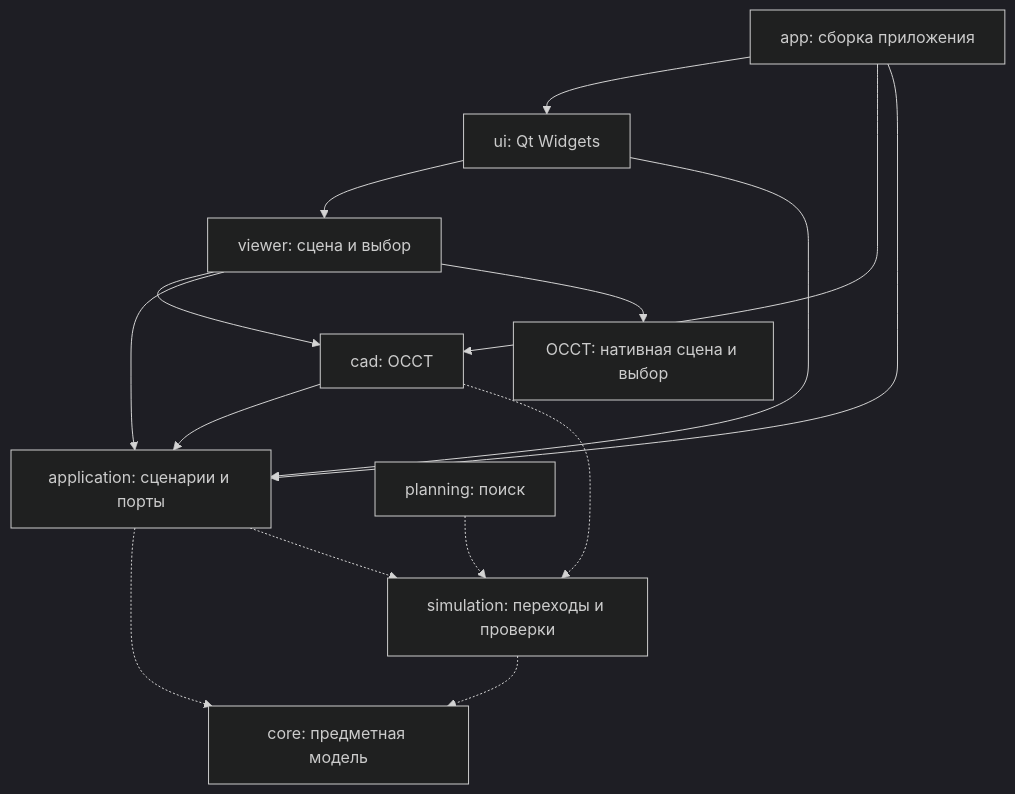
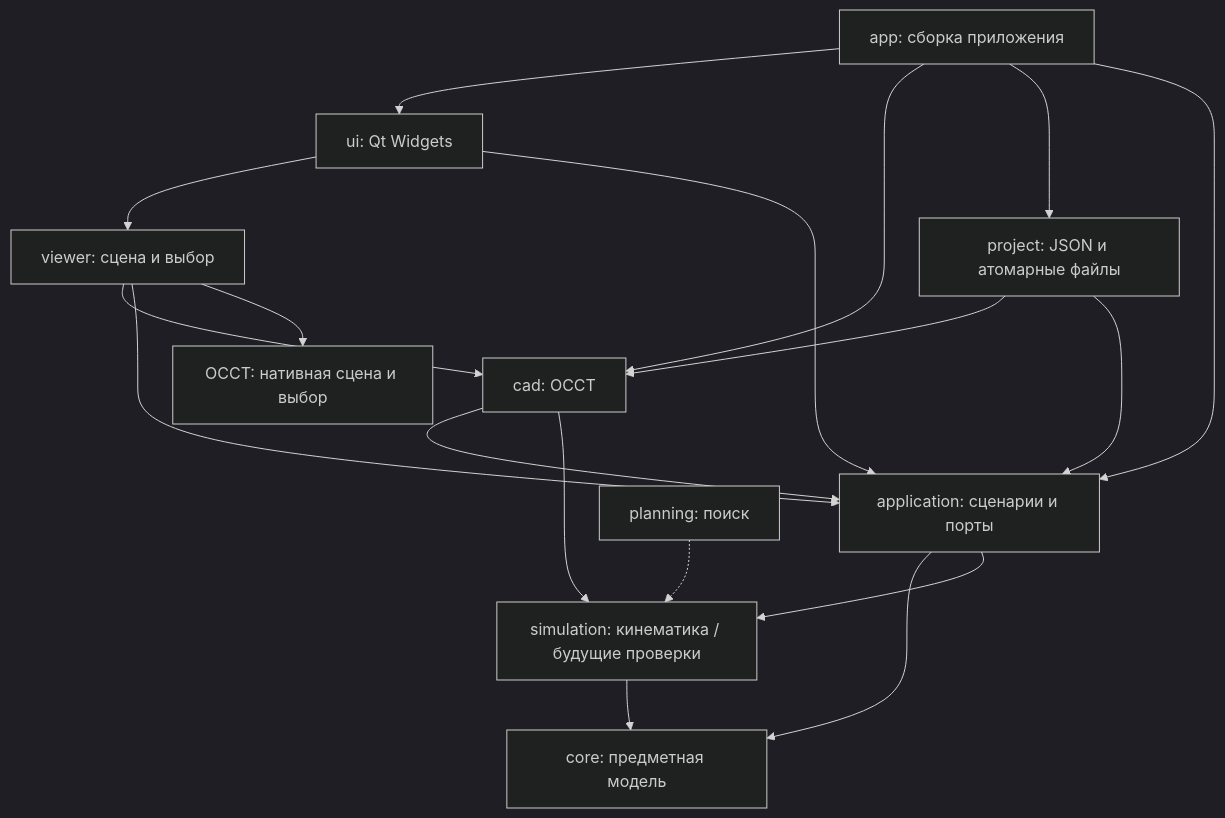
One commit to DenisPapushaJava/3d-bending-simulator changed the diagram in docs/architecture.md. Above: the diagram before and after it, drawn with Mermaid (dark theme). The commit also changed other lines of this file and 161 other files, not shown here.

````diff
--- a/docs/architecture.md
+++ b/docs/architecture.md
@@ -15,17 +15,20 @@
 ```mermaid
 flowchart TD
     APP[app: сборка приложения] --> UI[ui: Qt Widgets]
     APP --> CAD[cad: OCCT]
+    APP --> FILES[project: JSON и атомарные файлы]
+    FILES --> CAD
+    FILES --> USE
     UI --> VIEW[viewer: сцена и выбор]
     APP --> USE[application: сценарии и порты]
     UI --> USE
     CAD --> USE
     VIEW --> CAD
     VIEW --> USE
-    USE -.-> CORE[core: предметная модель]
+    USE --> CORE[core: предметная модель]
     VIEW --> OCC[OCCT: нативная сцена и выбор]
-    SIM[simulation: переходы и проверки] -.-> CORE
-    CAD -.-> SIM
+    SIM[simulation: кинематика / будущие проверки] --> CORE
+    CAD --> SIM
     PLAN[planning: поиск] -.-> SIM
-    USE -.-> SIM
+    USE --> SIM
 ```
````
